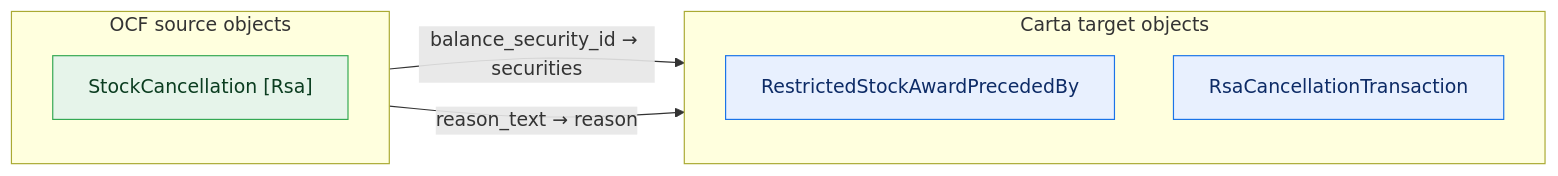
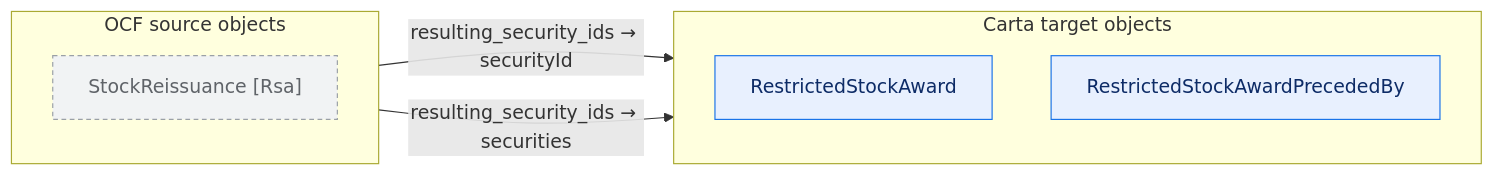
Diagram 19 of 35 in docs/core-lossy-inventory.md (Open-Cap-Table-Coalition/OCF-Composed-Schemas), drawn with Mermaid before and after one commit. The commit also changed other lines of this file and 33 other files, not shown here.

````diff
--- a/docs/core-lossy-inventory.md
+++ b/docs/core-lossy-inventory.md
@@ -151,18 +424,18 @@
 ```mermaid
 flowchart LR
   classDef adm fill:#e6f4ea,stroke:#34a853,color:#0b3d20;
   classDef notadm fill:#f1f3f4,stroke:#9aa0a6,color:#5f6368,stroke-dasharray:4 3;
   classDef carta fill:#e8f0fe,stroke:#1a73e8,color:#0d2b66;
   classDef sink fill:#fce8e6,stroke:#d93025,color:#5c0d06;
   subgraph SRC["OCF source objects"]
     direction TB
-    o0["StockCancellation [Rsa]"]:::adm
+    o0["StockReissuance [Rsa]"]:::notadm
   end
   subgraph TGT["Carta target objects"]
     direction TB
-    t0["RestrictedStockAwardPrecededBy"]:::carta
-    t1["RsaCancellationTransaction"]:::carta
+    t0["RestrictedStockAward"]:::carta
+    t1["RestrictedStockAwardPrecededBy"]:::carta
   end
-  o0 -->|"balance_security_id → securities"| t0
-  o0 -->|"reason_text → reason"| t1
+  o0 -->|"resulting_security_ids → securityId"| t0
+  o0 -->|"resulting_security_ids → securities"| t1
 ```
````
